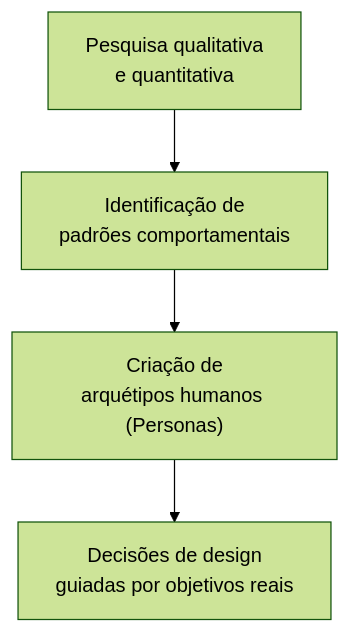
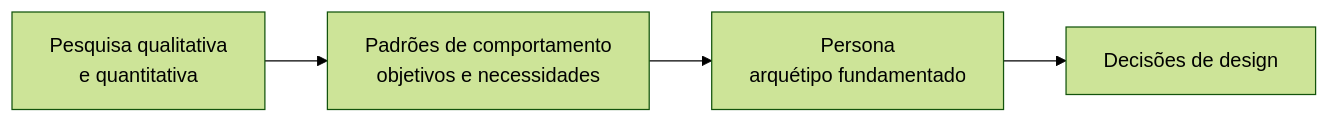
One commit to leorruas/puc changed the third of 3 diagrams in 08. Design de Interacao/12. Modelagem de usuário - perfil, persona e mapa de empatia.md. Above: the diagram before and after it, drawn with Mermaid (forest theme). The commit also changed other lines of this file, not shown here.

````diff
--- a/08. Design de Interacao/12. Modelagem de usuário - perfil, persona e mapa de empatia.md
+++ b/08. Design de Interacao/12. Modelagem de usuário - perfil, persona e mapa de empatia.md
@@ -108,6 +117,11 @@
 ```mermaid
-flowchart TD
-    Sub1["Pesquisa qualitativa<br>e quantitativa"] --> Sub2["Identificação de<br>padrões comportamentais"]
-    Sub2 --> Sub3["Criação de<br>arquétipos humanos (Personas)"]
-    Sub3 --> Sub4["Decisões de design<br>guiadas por objetivos reais"]
+flowchart LR
+    Pesquisa["Pesquisa qualitativa<br>e quantitativa"]:::external
+    Padroes["Padrões de comportamento<br>objetivos e necessidades"]:::component
+    Persona["Persona<br>arquétipo fundamentado"]:::core
+    Decisoes["Decisões de design"]:::data
+
+    Pesquisa --> Padroes
+    Padroes --> Persona
+    Persona --> Decisoes
 ```
````
